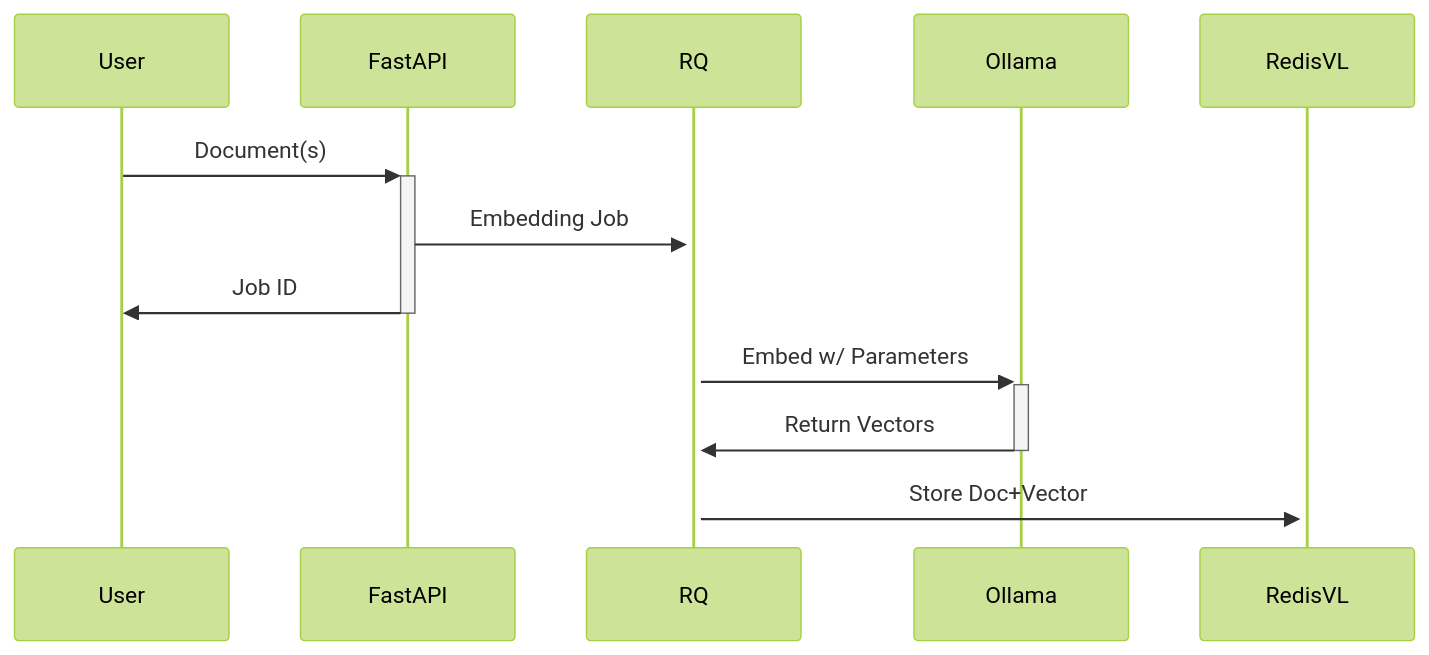
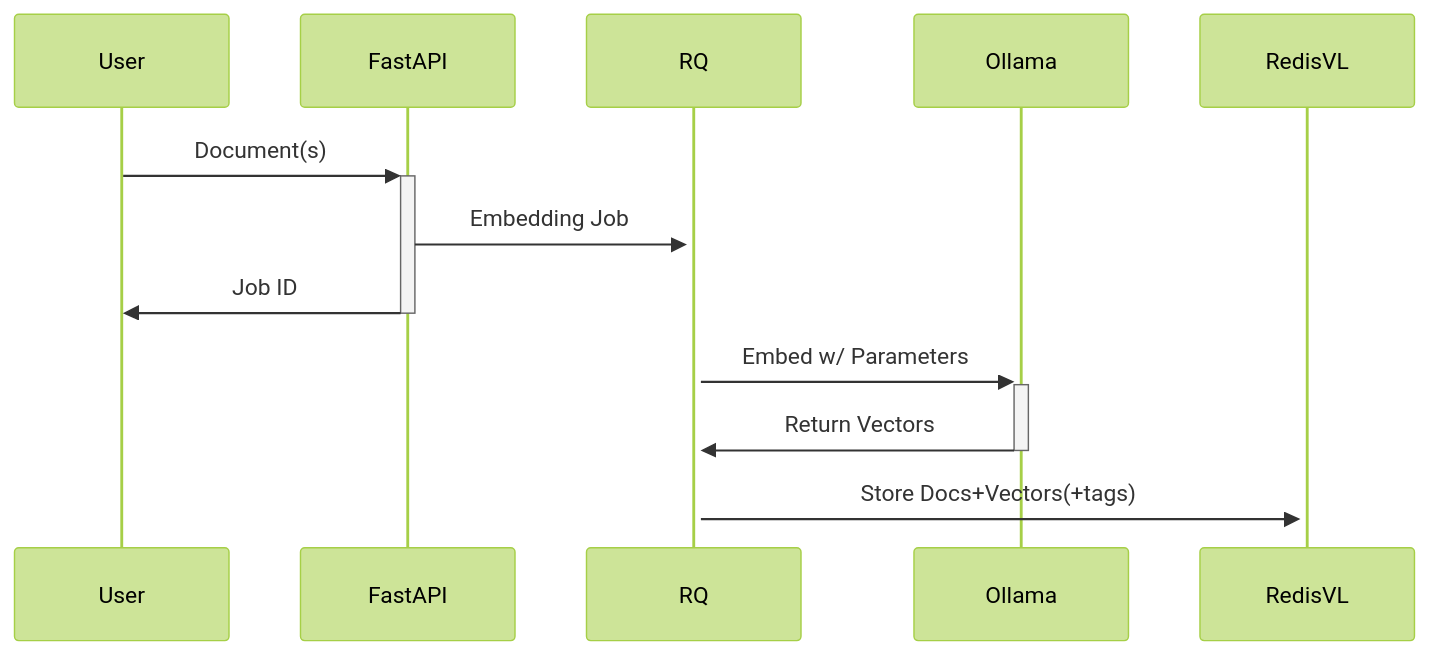
The first of 2 diagrams in README.md (TtheBC01/redis-vector-db), drawn with Mermaid (forest theme) before and after one commit. The commit also changed other lines of this file, not shown here.

````diff
--- a/README.md
+++ b/README.md
@@ -57,9 +57,9 @@
 ```mermaid
 sequenceDiagram
     User->>+FastAPI: Document(s)
     FastAPI->>+RQ: Embedding Job
     FastAPI->>-User: Job ID
     RQ->>+Ollama: Embed w/ Parameters
     Ollama->>-RQ: Return Vectors
-    RQ->>+RedisVL: Store Doc+Vector
+    RQ->>+RedisVL: Store Docs+Vectors(+tags)
 ```
````
